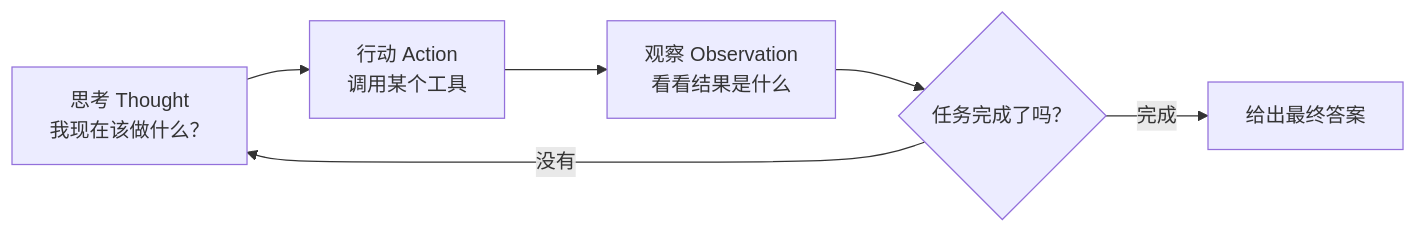
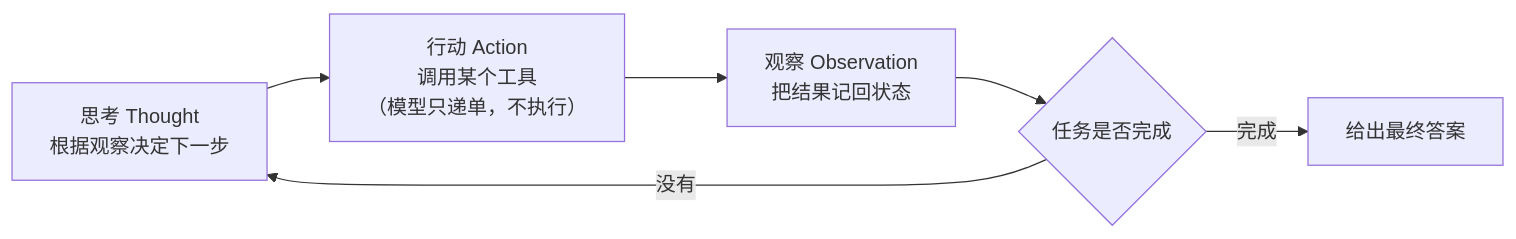
The diagram in 06.Agent系统与智能体/第01课_Agent是什么/第01课.md (xxxAndlk/AI_Agent_Learning_path), drawn with Mermaid before and after one commit. The commit also changed other lines of this file and 3 other files, not shown here.

````diff
--- a/06.Agent系统与智能体/第01课_Agent是什么/第01课.md
+++ b/06.Agent系统与智能体/第01课_Agent是什么/第01课.md
@@ -25,8 +23,8 @@
 ```mermaid
 flowchart LR
-    T["思考 Thought<br/>我现在该做什么？"] --> A["行动 Action<br/>调用某个工具"]
-    A --> O["观察 Observation<br/>看看结果是什么"]
-    O --> C{"任务完成了吗？"}
+    T["思考 Thought<br/>根据观察决定下一步"] --> A["行动 Action<br/>调用某个工具<br/>（模型只递单，不执行）"]
+    A --> O["观察 Observation<br/>把结果记回状态"]
+    O --> C{"任务是否完成"}
     C -- 没有 --> T
     C -- 完成 --> F["给出最终答案"]
 ```
````
